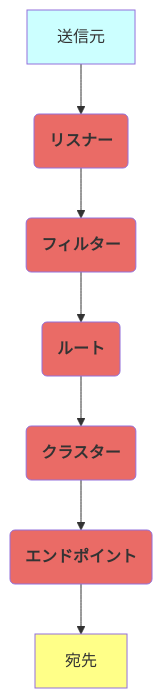
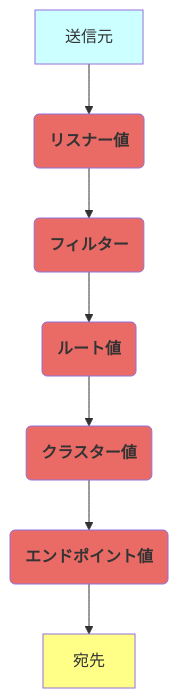
Before and after one commit to hiroki-it/hatenablog: the fourth of 4 diagrams in dist/draft/【Istio⛵️】IstioによるEnvoyの抽象化.md, drawn with Mermaid. The commit also changed other lines of this file, not shown here.

````diff
--- a/dist/draft/【Istio⛵️】IstioによるEnvoyの抽象化.md
+++ b/dist/draft/【Istio⛵️】IstioによるEnvoyの抽象化.md
@@ -291,18 +291,18 @@
 ```mermaid
 flowchart TD
-    送信元 --> リスナー
-    リスナー(リスナー) --> フィルター
-    フィルター(フィルター) --> ルート
-    ルート(ルート) --> クラスター
-    クラスター(クラスター) --> エンドポイント
-    エンドポイント(エンドポイント) --> 宛先
+    送信元 --> リスナー値
+    リスナー値(リスナー値) --> フィルター
+    フィルター(フィルター) --> ルート値
+    ルート値(ルート値) --> クラスター値
+    クラスター値(クラスター値) --> エンドポイント値
+    エンドポイント値(エンドポイント値) --> 宛先
 
     classDef sly fill :#CCFFFF;
     class 送信元 sly
 
     classDef yellow fill :#FFFF88;
     class 宛先 yellow
 
     classDef red fill :#EA6B66, font-weight :bold
-    class リスナー,フィルター,ルート,クラスター,エンドポイント red
+    class リスナー値,フィルター,ルート値,クラスター値,エンドポイント値 red
 ```
````
